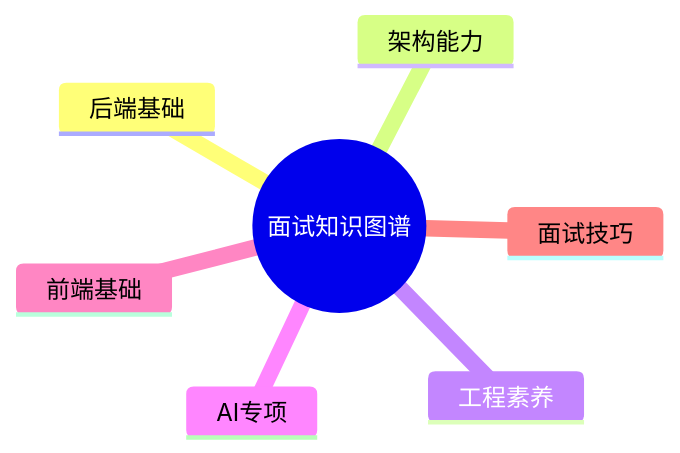
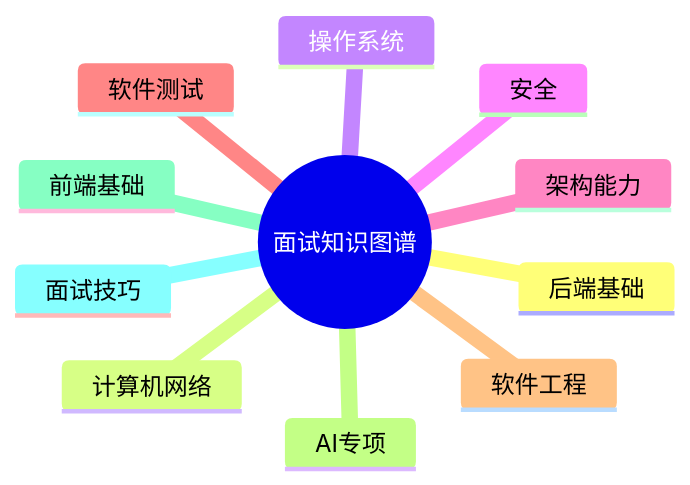
The first of 19 diagrams in wiki-docs/docs/guide/roadmap.md (ScottWZY/portal), drawn with Mermaid before and after one commit. The commit also changed other lines of this file and 4 other files, not shown here.

````diff
--- a/wiki-docs/docs/guide/roadmap.md
+++ b/wiki-docs/docs/guide/roadmap.md
@@ -11,10 +11,14 @@
 ```mermaid
 mindmap
   root((面试知识图谱))
     后端基础
+    计算机网络
+    操作系统
+    安全
     架构能力
-    工程素养
+    软件测试
+    软件工程
     AI专项
     前端基础
     面试技巧
 ```
````
